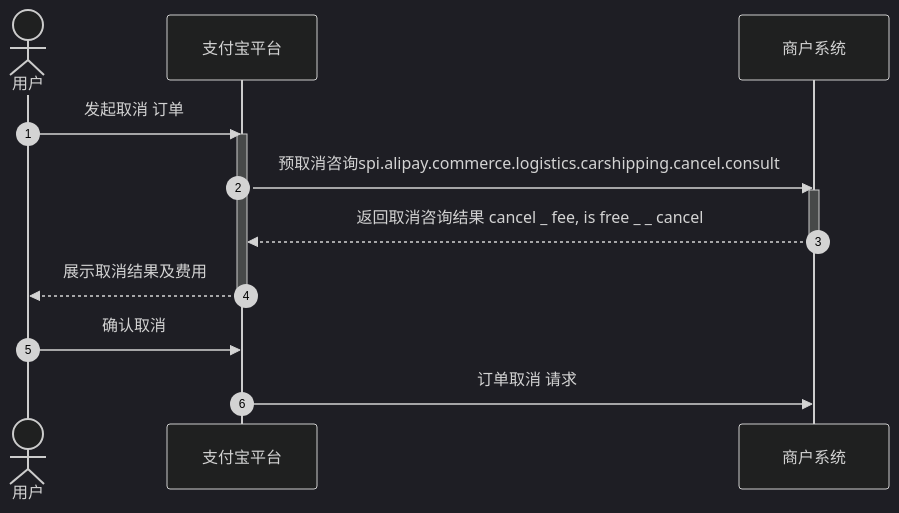
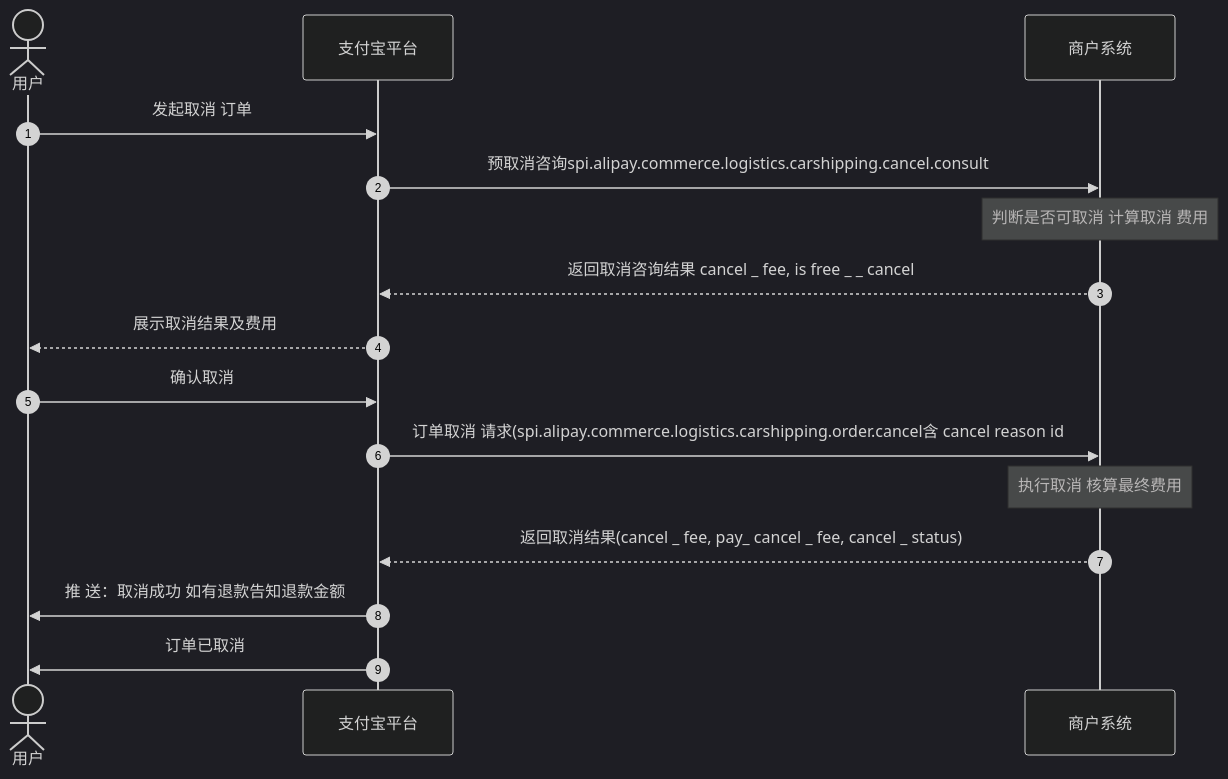
Before and after one commit to pingpm/mermaid_vault: the diagram in notes/取消 订单时序_e57a9910-97b8-4c65-9669-0c2f3234df41.md, drawn with Mermaid (dark theme). The commit also changed 2 other files, not shown here.

Commit message:
Sync Mermaid Studio data (11 diagrams)

````diff
--- a/notes/取消 订单时序_e57a9910-97b8-4c65-9669-0c2f3234df41.md
+++ b/notes/取消 订单时序_e57a9910-97b8-4c65-9669-0c2f3234df41.md
@@ -3,18 +3,19 @@
 ```mermaid
 sequenceDiagram
   autonumber
   actor p0 as 用户
   participant p1 as 支付宝平台
   participant p2 as 商户系统
   p0->>p1: 发起取消 订单
-  activate p1
   p1->>p2: 预取消咨询spi.alipay.commerce.logistics.carshipping.cancel.consult
-  activate p2
+  Note over p2: 判断是否可取消 计算取消 费⽤
   p2-->>p1: 返回取消咨询结果 cancel _ fee, is free _ _ cancel
-  deactivate p2
   p1-->>p0: 展示取消结果及费⽤
-  deactivate p1
   p0->>p1: 确认取消
-  p1->>p2: 订单取消 请求
+  p1->>p2: 订单取消 请求(spi.alipay.commerce.logistics.carshipping.order.cancel含 cancel reason id
+  Note over p2: 执⾏取消 核算最终费⽤
+  p2-->>p1: 返回取消结果(cancel _ fee, pay_ cancel _ fee, cancel _ status)
+  p1->>p0: 推 送：取消成功 如有退款告知退款⾦额
+  p1->>p0: 订单已取消
 
 ```
````
